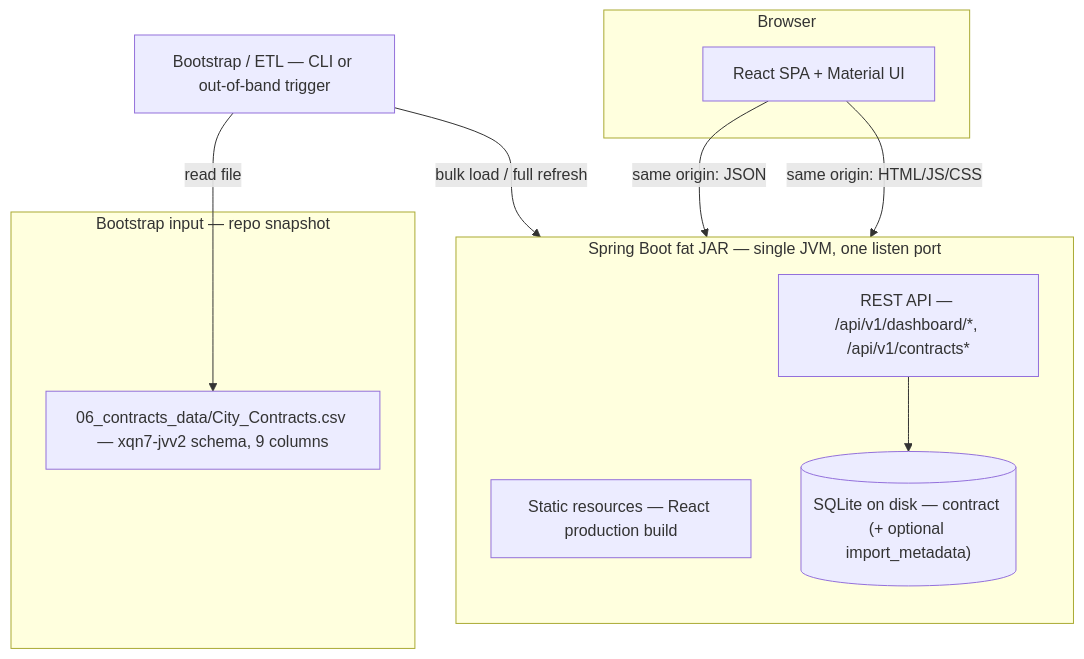
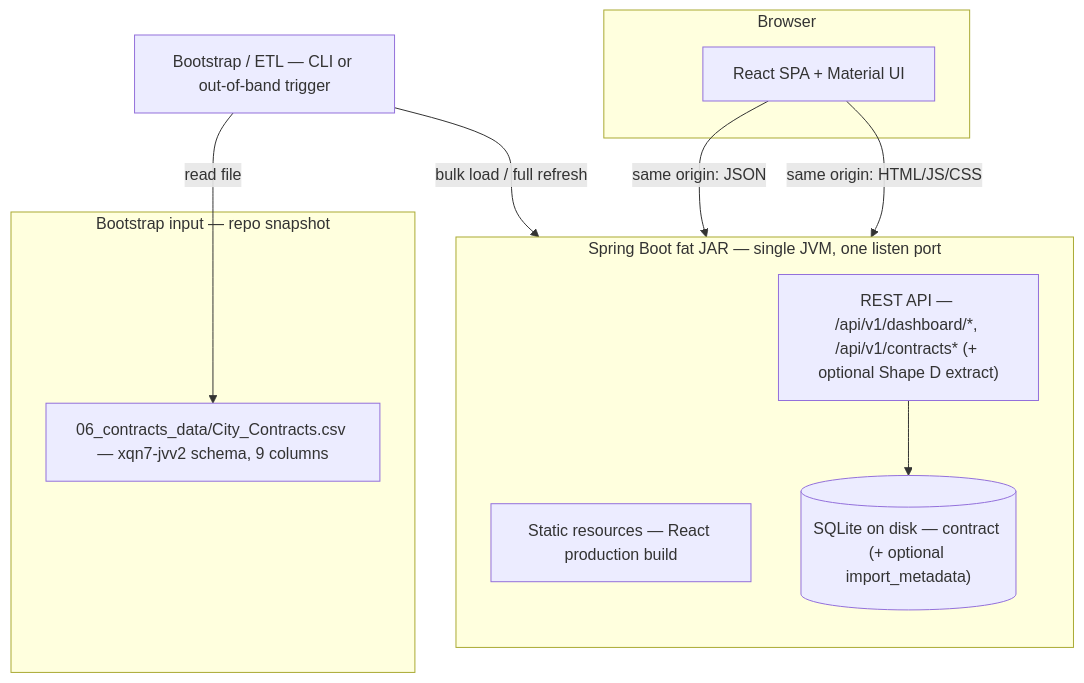
The diagram in 07_mvp_doc/shape_c_contract_expiry_dashboard_tdd.md (jbazkar/pillar-thriving-city-hall), drawn with Mermaid before and after one commit. The commit also changed other lines of this file and 12 other files, not shown here.

````diff
--- a/07_mvp_doc/shape_c_contract_expiry_dashboard_tdd.md
+++ b/07_mvp_doc/shape_c_contract_expiry_dashboard_tdd.md
@@ -20,25 +24,25 @@
 ```mermaid
 flowchart TB
   subgraph client [Browser]
     SPA["React SPA + Material UI"]
   end
 
   subgraph jar ["Spring Boot fat JAR — single JVM, one listen port"]
     direction TB
     Static["Static resources — React production build"]
-    REST["REST API — /api/v1/dashboard/*, /api/v1/contracts*"]
+    REST["REST API — /api/v1/dashboard/*, /api/v1/contracts* (+ optional Shape D extract)"]
     DB[("SQLite on disk — contract (+ optional import_metadata)")]
     REST --> DB
   end
 
   subgraph bootstrap_in [Bootstrap input — repo snapshot]
     CSV["06_contracts_data/City_Contracts.csv — xqn7-jvv2 schema, 9 columns"]
   end
 
   ETL["Bootstrap / ETL — CLI or out-of-band trigger"]
 
   SPA -->|same origin: HTML/JS/CSS| Static
   SPA -->|same origin: JSON| REST
   ETL -->|read file| CSV
   ETL -->|bulk load / full refresh| DB
 ```
````
